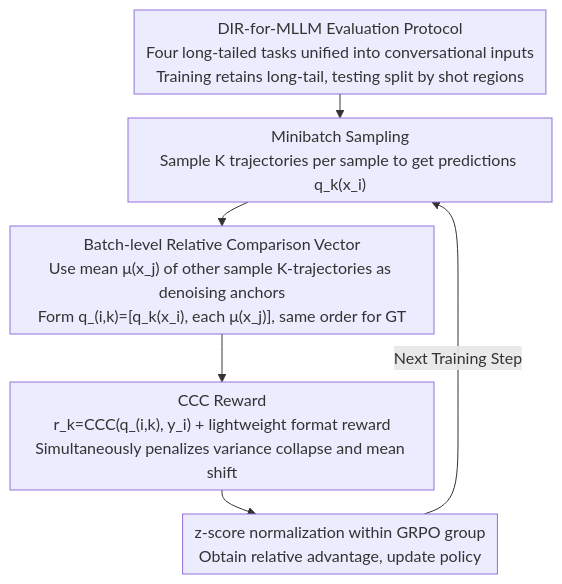
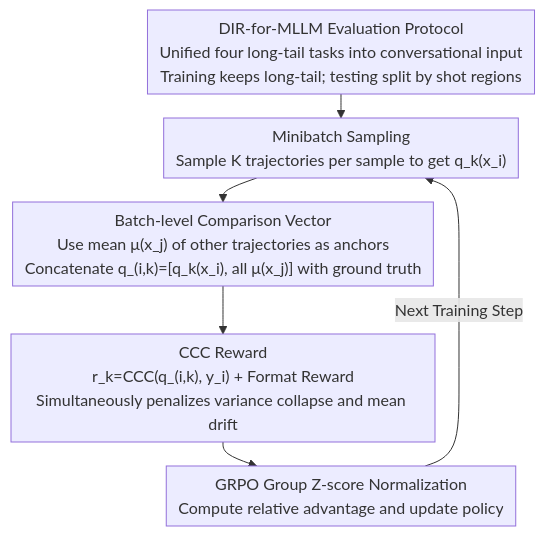
The diagram in docs/ICML2026/multimodal_vlm/injecting_distributional_awareness_into_mllms_via_reinforcement_learning_for_dee.md (zhaoyang97/Paper-Notes-en), drawn with Mermaid before and after one commit. The commit also changed other lines of this file and 5084 other files, not shown here.

````diff
--- a/docs/ICML2026/multimodal_vlm/injecting_distributional_awareness_into_mllms_via_reinforcement_learning_for_dee.md
+++ b/docs/ICML2026/multimodal_vlm/injecting_distributional_awareness_into_mllms_via_reinforcement_learning_for_dee.md
@@ -43,9 +43,9 @@
 ```mermaid
 %%{init: {'flowchart': {'rankSpacing': 24, 'nodeSpacing': 28, 'padding': 6, 'wrappingWidth': 400}}}%%
 flowchart TD
-    A["DIR-for-MLLM Evaluation Protocol<br/>Four long-tailed tasks unified into conversational inputs<br/>Training retains long-tail, testing split by shot regions"] --> B["Minibatch Sampling<br/>Sample K trajectories per sample to get predictions q_k(x_i)"]
-    B --> C["Batch-level Relative Comparison Vector<br/>Use mean μ(x_j) of other sample K-trajectories as denoising anchors<br/>Form q_(i,k)=[q_k(x_i), each μ(x_j)], same order for GT"]
-    C --> D["CCC Reward<br/>r_k=CCC(q_(i,k), y_i) + lightweight format reward<br/>Simultaneously penalizes variance collapse and mean shift"]
-    D --> E["z-score normalization within GRPO group<br/>Obtain relative advantage, update policy"]
+    A["DIR-for-MLLM Evaluation Protocol<br/>Unified four long-tail tasks into conversational input<br/>Training keeps long-tail; testing split by shot regions"] --> B["Minibatch Sampling<br/>Sample K trajectories per sample to get q_k(x_i)"]
+    B --> C["Batch-level Comparison Vector<br/>Use mean μ(x_j) of other trajectories as anchors<br/>Concatenate q_(i,k)=[q_k(x_i), all μ(x_j)] with ground truth"]
+    C --> D["CCC Reward<br/>r_k=CCC(q_(i,k), y_i) + Format Reward<br/>Simultaneously penalizes variance collapse and mean drift"]
+    D --> E["GRPO Group Z-score Normalization<br/>Compute relative advantage and update policy"]
     E -->|Next Training Step| B
 ```
````
